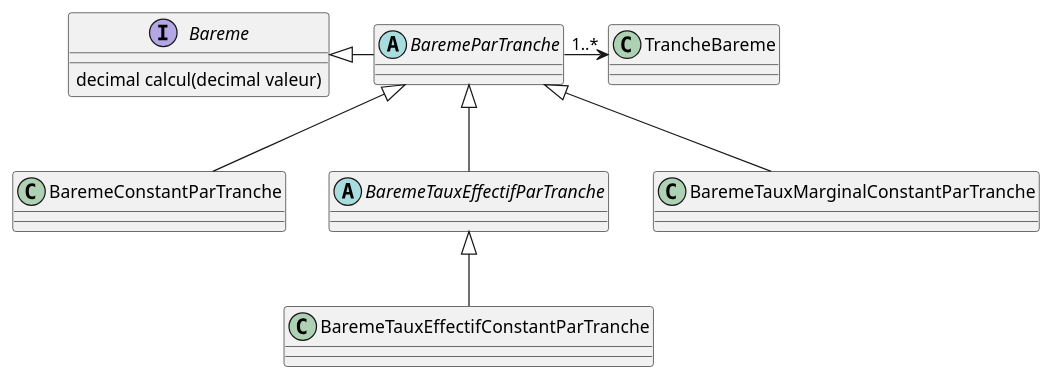
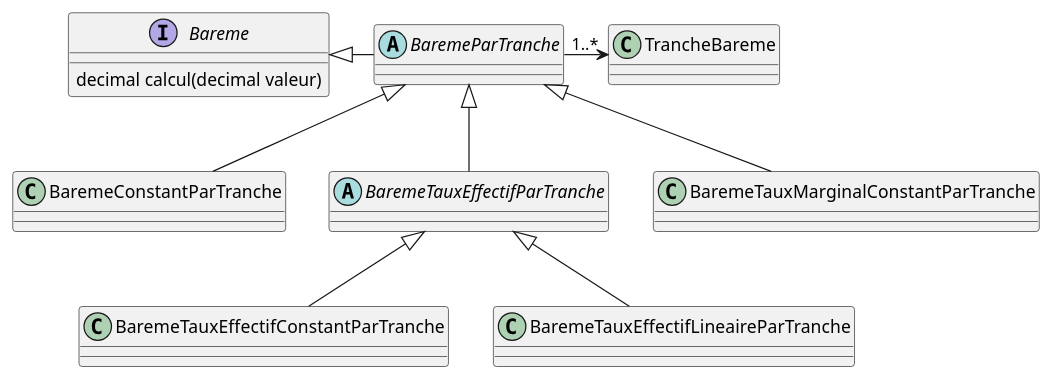
Before and after one commit to pgiroud/bareme: the diagram in src/site/asciidoc/bareme.adoc, drawn with PlantUML. The commit also changed other lines of this file and 6 other files, not shown here.

Commit message:
Mise à jour des librairies, ajout de méthode simple pour la construction et incorporation des barèmes à taux effectif linéaire par tranche (barème fribourgeois)

```diff
--- a/src/site/asciidoc/bareme.adoc
+++ b/src/site/asciidoc/bareme.adoc
@@ -24,23 +25,25 @@
 [plantuml, hierarchieBareme, png]
 ----
 interface Bareme {
 decimal calcul(decimal valeur)
 }
 
 
 abstract BaremeParTranche
 class TrancheBareme
 
 Bareme <|- BaremeParTranche
 BaremeParTranche -> "1..*" TrancheBareme
 
 class BaremeConstantParTranche
 abstract BaremeTauxEffectifParTranche
 class BaremeTauxMarginalConstantParTranche
 class BaremeTauxEffectifConstantParTranche
+class BaremeTauxEffectifLineaireParTranche
 
 BaremeParTranche <|-- BaremeConstantParTranche
 BaremeParTranche <|-- BaremeTauxEffectifParTranche
 BaremeTauxEffectifParTranche <|-- BaremeTauxEffectifConstantParTranche
+BaremeTauxEffectifParTranche <|-- BaremeTauxEffectifLineaireParTranche
 BaremeParTranche <|-- BaremeTauxMarginalConstantParTranche
 ----
```
